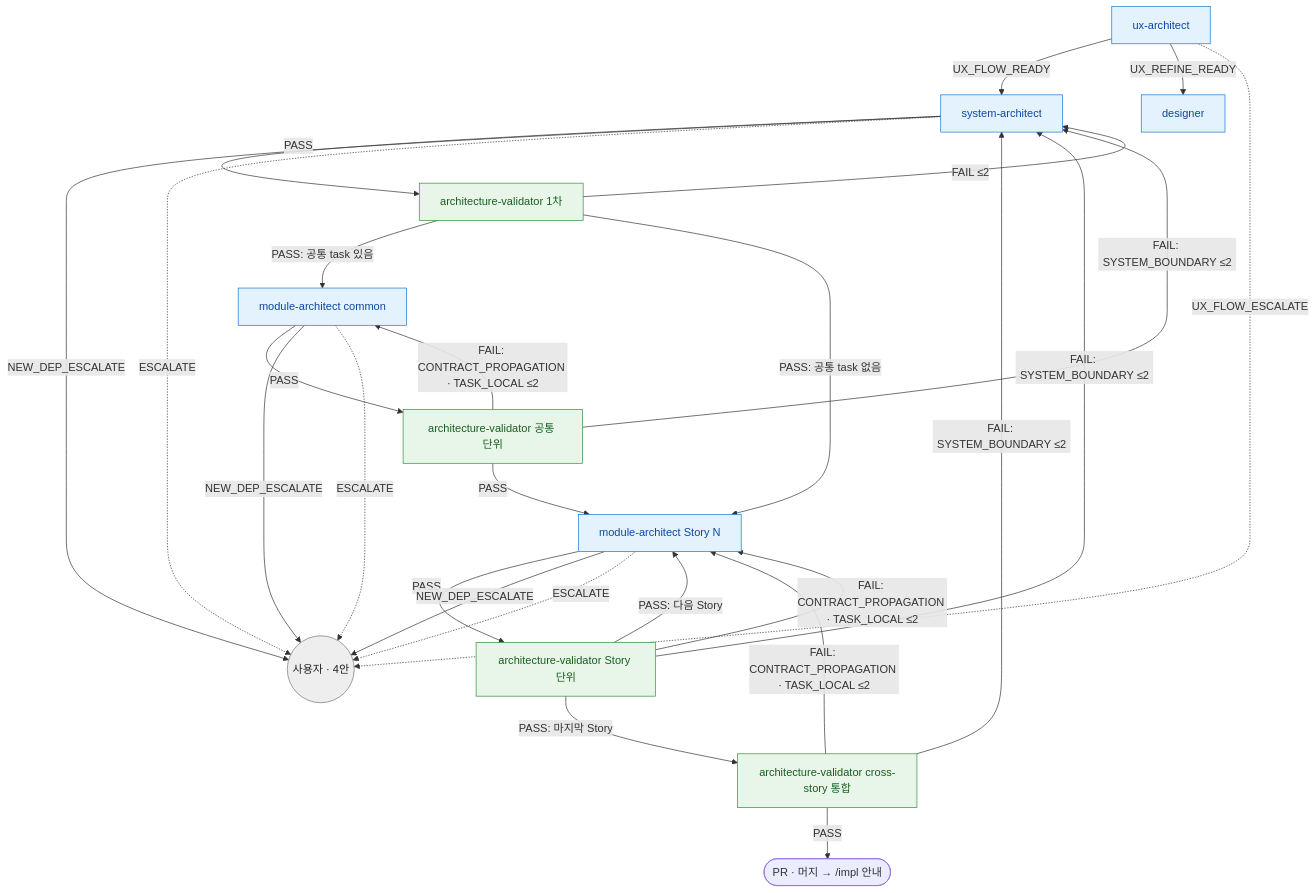
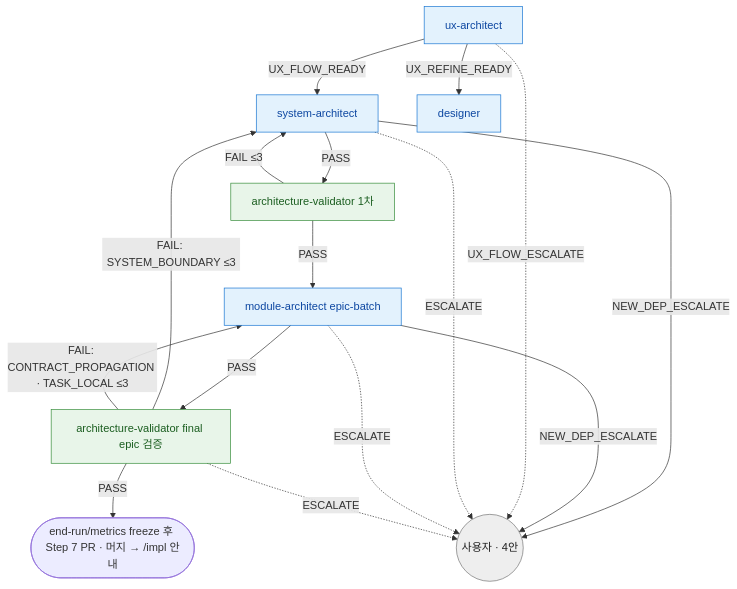
One commit to Daeguk-Sun/dcNess changed the diagram in skills/design/design-routing.md. Above: the diagram before and after it, drawn with Mermaid. The commit also changed other lines of this file and 18 other files, not shown here.

First line of the commit message:
[issue-831] design epic-batch workflow

````diff
--- a/skills/design/design-routing.md
+++ b/skills/design/design-routing.md
@@ -15,35 +15,25 @@
 ```mermaid
 flowchart TB
   UX[ux-architect] -->|UX_FLOW_READY| SA[system-architect]
   UX -->|UX_REFINE_READY| DS[designer]
   SA -->|PASS| AV1[architecture-validator 1차]
-  AV1 -->|PASS: 공통 task 있음| MA_COMMON[module-architect common]
-  AV1 -->|PASS: 공통 task 없음| MA_STORY[module-architect Story N]
-  MA_COMMON -->|PASS| AV_COMMON[architecture-validator 공통 단위]
-  AV_COMMON -->|PASS| MA_STORY
-  MA_STORY -->|PASS| AV_STORY[architecture-validator Story 단위]
-  AV_STORY -->|PASS: 다음 Story| MA_STORY
-  AV_STORY -->|PASS: 마지막 Story| AV_FINAL[architecture-validator cross-story 통합]
-  AV_FINAL -->|PASS| M([PR · 머지 → /impl 안내])
-  AV1 -->|FAIL ≤2| SA
-  AV_COMMON -->|"FAIL: SYSTEM_BOUNDARY ≤2"| SA
-  AV_COMMON -->|"FAIL: CONTRACT_PROPAGATION · TASK_LOCAL ≤2"| MA_COMMON
-  AV_STORY -->|"FAIL: SYSTEM_BOUNDARY ≤2"| SA
-  AV_STORY -->|"FAIL: CONTRACT_PROPAGATION · TASK_LOCAL ≤2"| MA_STORY
-  AV_FINAL -->|"FAIL: SYSTEM_BOUNDARY ≤2"| SA
-  AV_FINAL -->|"FAIL: CONTRACT_PROPAGATION · TASK_LOCAL ≤2"| MA_STORY
+  AV1 -->|PASS| MA_BATCH[module-architect epic-batch]
+  MA_BATCH -->|PASS| AV_FINAL[architecture-validator final epic 검증]
+  AV_FINAL -->|PASS| M([end-run/metrics freeze 후 Step 7 PR · 머지 → /impl 안내])
+  AV1 -->|FAIL ≤3| SA
+  AV_FINAL -->|"FAIL: SYSTEM_BOUNDARY ≤3"| SA
+  AV_FINAL -->|"FAIL: CONTRACT_PROPAGATION · TASK_LOCAL ≤3"| MA_BATCH
   SA -->|NEW_DEP_ESCALATE| U((사용자 · 4안))
-  MA_COMMON -->|NEW_DEP_ESCALATE| U
-  MA_STORY -->|NEW_DEP_ESCALATE| U
+  MA_BATCH -->|NEW_DEP_ESCALATE| U
   UX -.->|UX_FLOW_ESCALATE| U
   SA -.->|ESCALATE| U
-  MA_COMMON -.->|ESCALATE| U
-  MA_STORY -.->|ESCALATE| U
+  MA_BATCH -.->|ESCALATE| U
+  AV_FINAL -.->|ESCALATE| U
 
   classDef produce fill:#e3f2fd,stroke:#1976d2,color:#0d47a1
   classDef verify fill:#e8f5e9,stroke:#388e3c,color:#1b5e20
   classDef user fill:#eeeeee,stroke:#757575,color:#212121
-  class UX,SA,DS,MA_COMMON,MA_STORY produce
-  class AV1,AV_COMMON,AV_STORY,AV_FINAL verify
+  class UX,SA,DS,MA_BATCH produce
+  class AV1,AV_FINAL verify
   class U user
 ```
````
